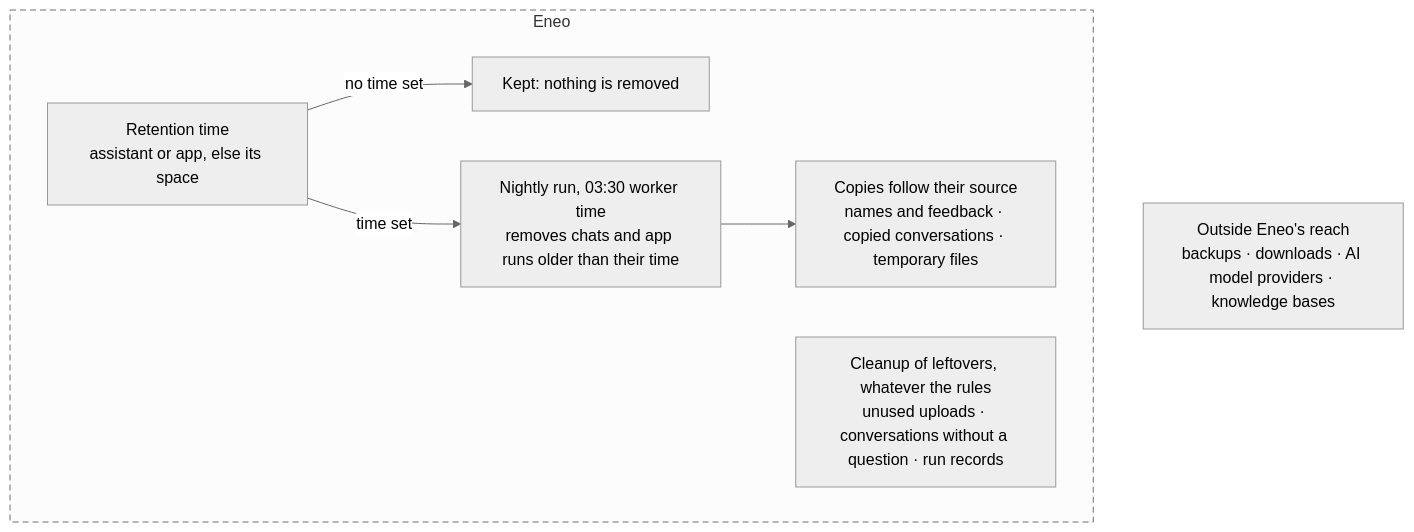
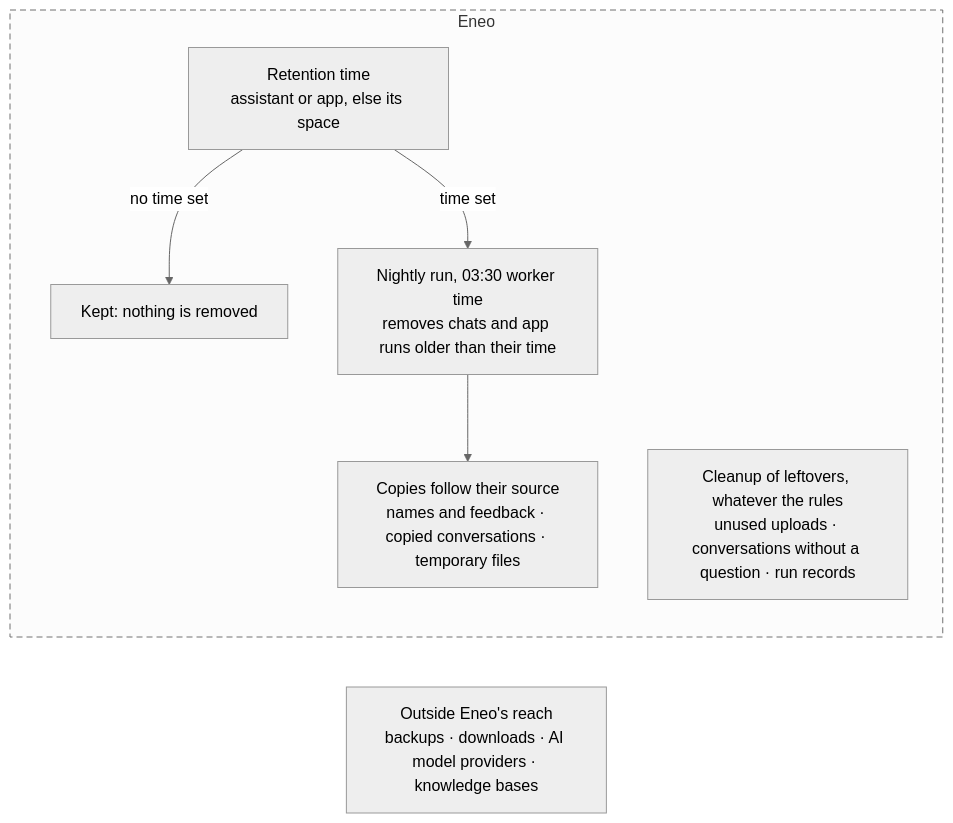
One commit to eneo-ai/eneo changed the first of 2 diagrams in frontend/apps/docs-site/src/content/guides/data-retention.mdx. Above: the diagram before and after it, drawn with Mermaid (neutral theme). The commit also changed other lines of this file and 3 other files, not shown here.

First line of the commit message:
docs(retention, upgrade): lay the diagrams out top to bottom so they read at page width

````diff
--- a/frontend/apps/docs-site/src/content/guides/data-retention.mdx
+++ b/frontend/apps/docs-site/src/content/guides/data-retention.mdx
@@ -3,13 +3,15 @@
 ```mermaid
 flowchart TB
   accTitle: How retention works
   accDescr: A retention time on an assistant or app, else on its space, decides. With no time set, nothing is removed. With a time set, the nightly run at 03:30 worker time removes chats and app runs older than their time, and the copies Eneo keeps of them follow. Cleanup of leftovers runs whatever the rules. Backups, downloads, AI model providers and knowledge bases are outside Eneo's reach.
   subgraph eneo["Eneo"]
+    direction TB
     time["Retention time\nassistant or app, else its space"] -->|"no time set"| keep["Kept: nothing is removed"]
     time -->|"time set"| run["Nightly run, 03:30 worker time\nremoves chats and app runs older than their time"]
     run --> copies["Copies follow their source\nnames and feedback · copied conversations · temporary files"]
     cleanup["Cleanup of leftovers, whatever the rules\nunused uploads · conversations without a question · run records"]
   end
   outside["Outside Eneo's reach\nbackups · downloads · AI model providers · knowledge bases"]
+  eneo ~~~ outside
   style eneo stroke-dasharray: 6 4
 ```
````
